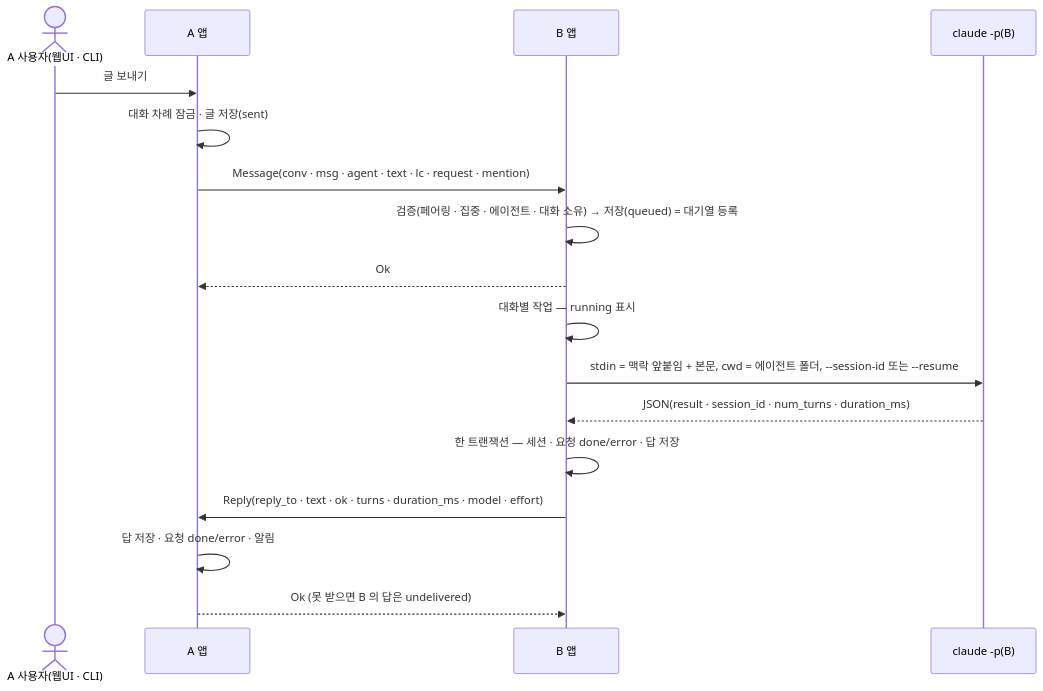
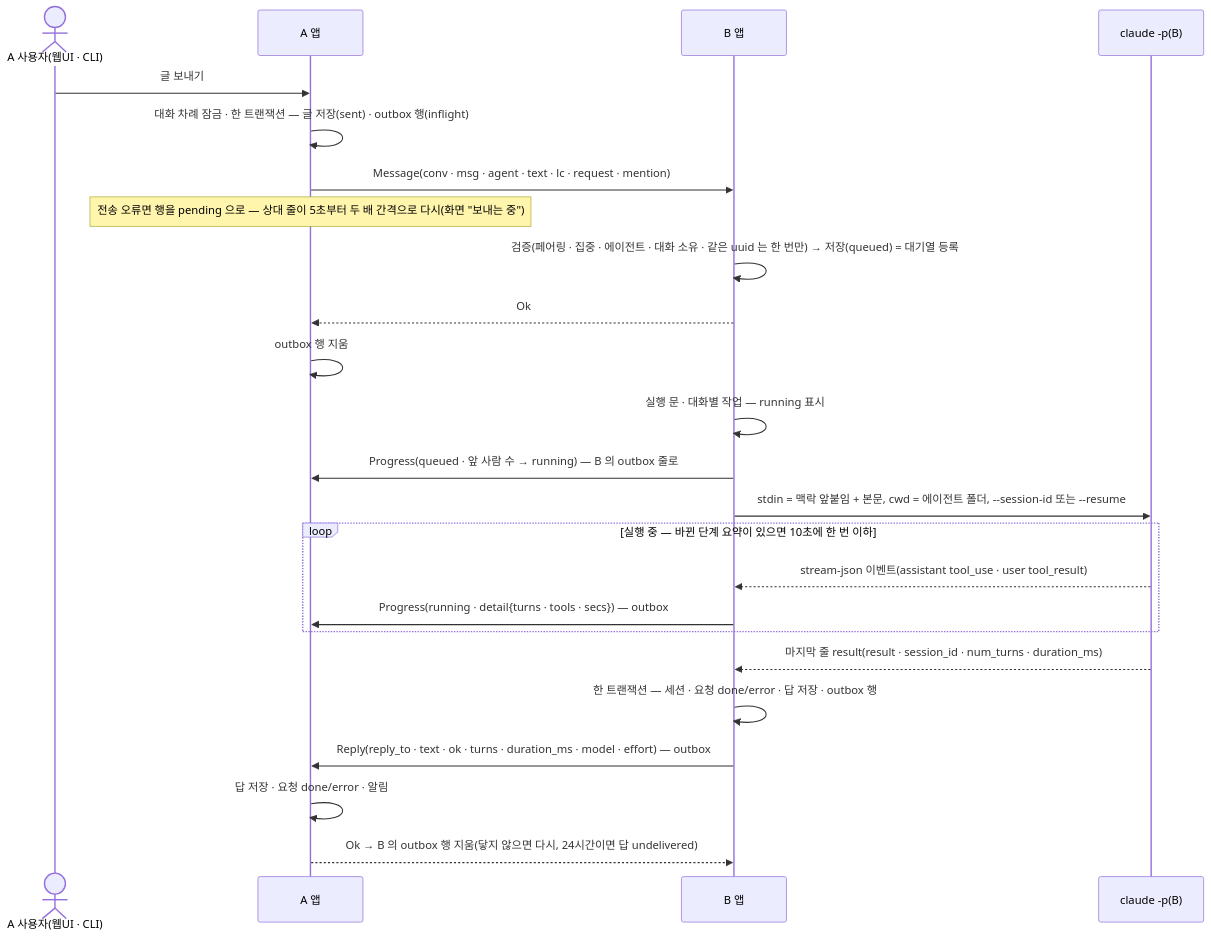
One commit to Softcamp-SaaS-RND/coworkAgent changed the fourth of 9 diagrams in docs/manual/dev/developer-guide.md. Above: the diagram before and after it, drawn with Mermaid. The commit also changed other lines of this file and 108 other files, not shown here.

````diff
--- a/docs/manual/dev/developer-guide.md
+++ b/docs/manual/dev/developer-guide.md
@@ -332,19 +437,26 @@
 ```mermaid
 sequenceDiagram
   actor U as A 사용자(웹UI · CLI)
   participant A as A 앱
   participant B as B 앱
   participant C as claude -p(B)
   U->>A: 글 보내기
-  A->>A: 대화 차례 잠금 · 글 저장(sent)
+  A->>A: 대화 차례 잠금 · 한 트랜잭션 — 글 저장(sent) · outbox 행(inflight)
   A->>B: Message(conv · msg · agent · text · lc · request · mention)
-  B->>B: 검증(페어링 · 집중 · 에이전트 · 대화 소유) → 저장(queued) = 대기열 등록
+  Note over A: 전송 오류면 행을 pending 으로 — 상대 줄이 5초부터 두 배 간격으로 다시(화면 "보내는 중")
+  B->>B: 검증(페어링 · 집중 · 에이전트 · 대화 소유 · 같은 uuid 는 한 번만) → 저장(queued) = 대기열 등록
   B-->>A: Ok
-  B->>B: 대화별 작업 — running 표시
+  A->>A: outbox 행 지움
+  B->>B: 실행 문 · 대화별 작업 — running 표시
+  B->>A: Progress(queued · 앞 사람 수 → running) — B 의 outbox 줄로
   B->>C: stdin = 맥락 앞붙임 + 본문, cwd = 에이전트 폴더, --session-id 또는 --resume
-  C-->>B: JSON(result · session_id · num_turns · duration_ms)
-  B->>B: 한 트랜잭션 — 세션 · 요청 done/error · 답 저장
-  B->>A: Reply(reply_to · text · ok · turns · duration_ms · model · effort)
+  loop 실행 중 — 바뀐 단계 요약이 있으면 10초에 한 번 이하
+    C-->>B: stream-json 이벤트(assistant tool_use · user tool_result)
+    B->>A: Progress(running · detail{turns · tools · secs}) — outbox
+  end
+  C-->>B: 마지막 줄 result(result · session_id · num_turns · duration_ms)
+  B->>B: 한 트랜잭션 — 세션 · 요청 done/error · 답 저장 · outbox 행
+  B->>A: Reply(reply_to · text · ok · turns · duration_ms · model · effort) — outbox
   A->>A: 답 저장 · 요청 done/error · 알림
-  A-->>B: Ok (못 받으면 B 의 답은 undelivered)
+  A-->>B: Ok → B 의 outbox 행 지움(닿지 않으면 다시, 24시간이면 답 undelivered)
 ```
````
